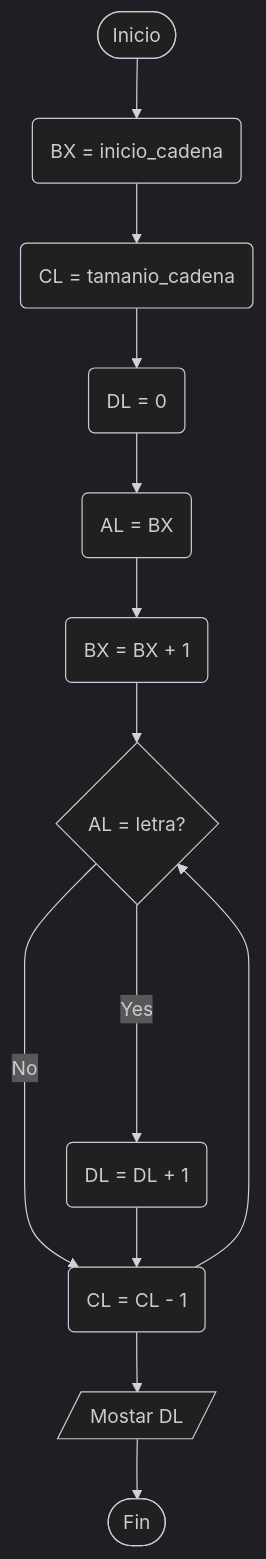
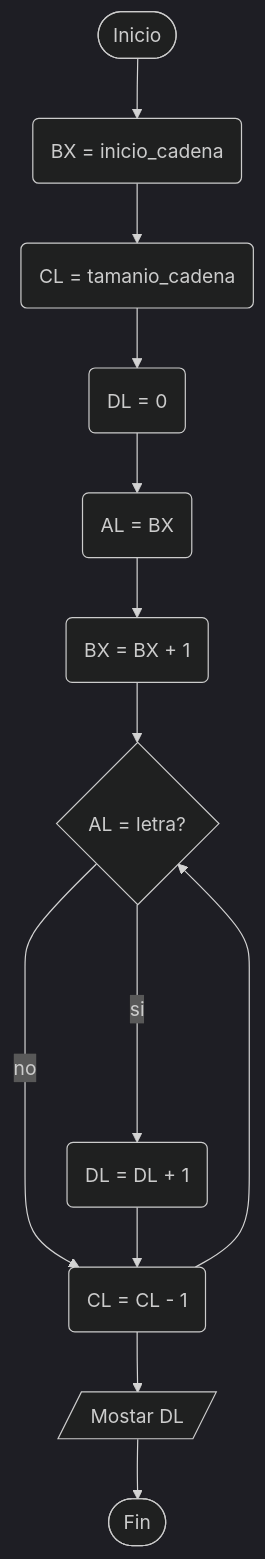
The second of 2 diagrams in docs/README.md (pablo-origlia/arqPC), drawn with Mermaid (dark theme) before and after one commit. The commit also changed other lines of this file, not shown here.

````diff
--- a/docs/README.md
+++ b/docs/README.md
@@ -144,15 +144,15 @@
 ```mermaid
 flowchart TD
     A([Inicio]) --> B(BX = inicio_cadena) 
     B --> C(CL = tamanio_cadena)
     C --> D(DL = 0)
     D --> E(AL = BX)
     E --> F(BX = BX + 1)
     F --> G{AL = letra?}
-    G ---->|Yes| H(DL = DL + 1)
-    G -->|No| I(CL = CL - 1)
+    G ---->|si| H(DL = DL + 1)
+    G -->|no| I(CL = CL - 1)
     I --> G
     H --> I
     I --> J[/Mostar DL/]
     J --> Z([Fin])
 ```
````
